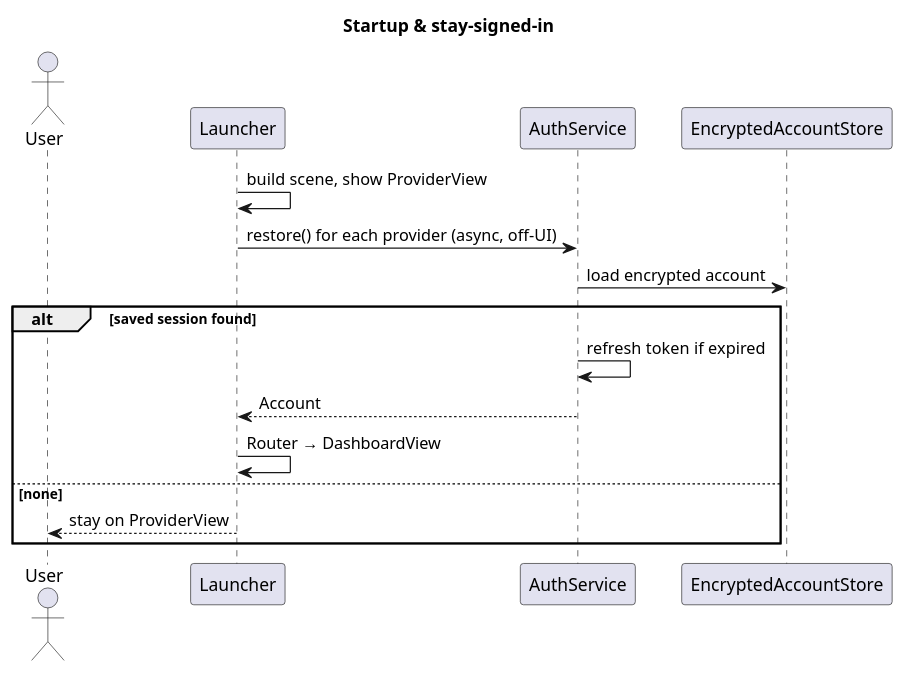
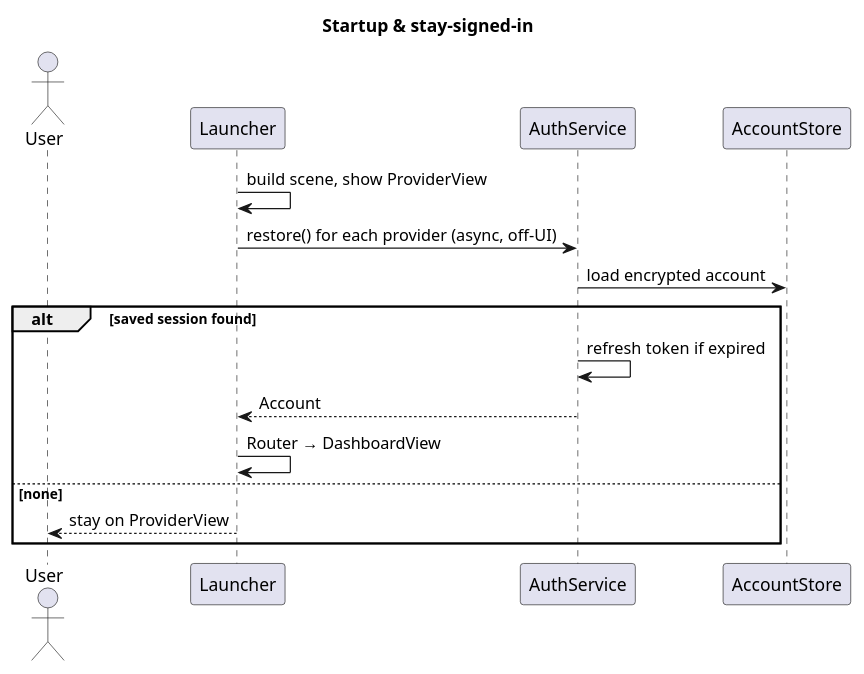
The diagram in docs/flow-startup.puml (mariusdotspinu/UnsubscribeOS), drawn with PlantUML before and after one commit. The commit also changed 54 other files, not shown here.

```diff
--- a/docs/flow-startup.puml
+++ b/docs/flow-startup.puml
@@ -1,19 +1,19 @@
 @startuml flow-startup
 title Startup & stay-signed-in
 skinparam shadowing false
 actor User as U
 participant Launcher as L
 participant AuthService as A
-participant EncryptedAccountStore as S
+participant AccountStore as S
 
 L -> L : build scene, show ProviderView
 L -> A : restore() for each provider (async, off-UI)
 A -> S : load encrypted account
 alt saved session found
   A -> A : refresh token if expired
   A --> L : Account
   L -> L : Router → DashboardView
 else none
   L --> U : stay on ProviderView
 end
 @enduml
```
